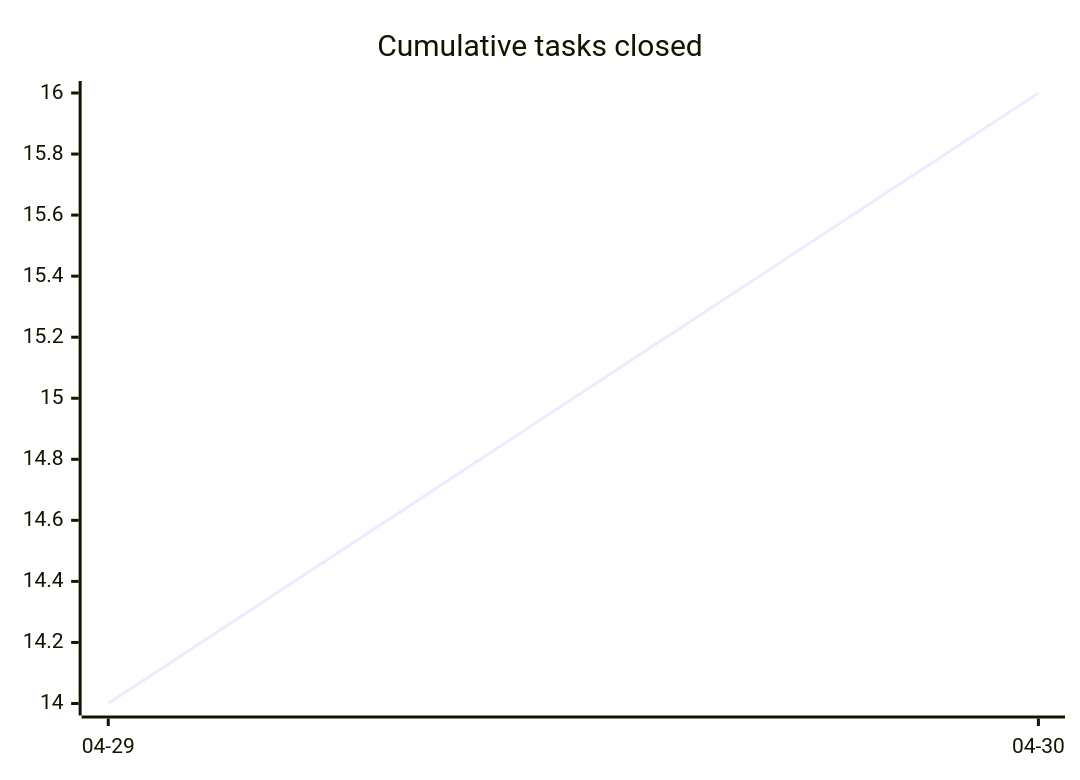
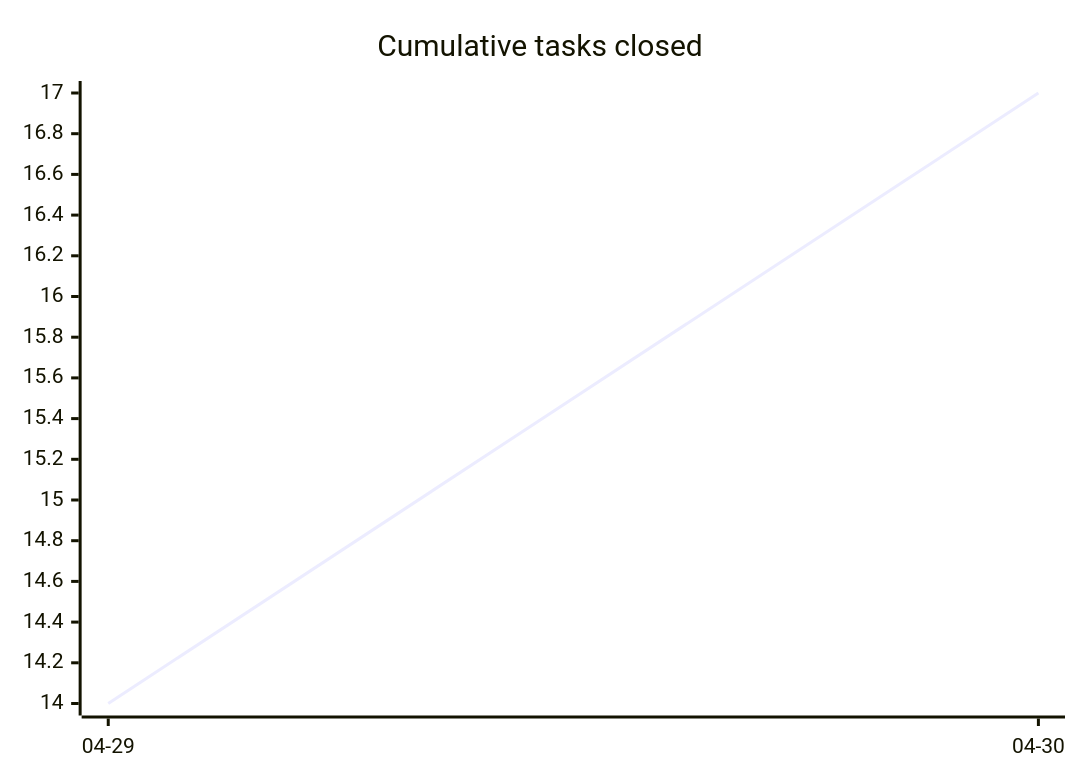
The first of 3 diagrams in docs/developers/tasks/OVERVIEW.md (tgd1975/AwesomeStudioPedal), drawn with Mermaid before and after one commit. The commit also changed other lines of this file and 9 other files, not shown here.

````diff
--- a/docs/developers/tasks/OVERVIEW.md
+++ b/docs/developers/tasks/OVERVIEW.md
@@ -20,6 +20,6 @@
 ```mermaid
 xychart-beta
     title "Cumulative tasks closed"
     x-axis ["04-29", "04-30"]
-    line [14, 16]
+    line [14, 17]
 ```
````
